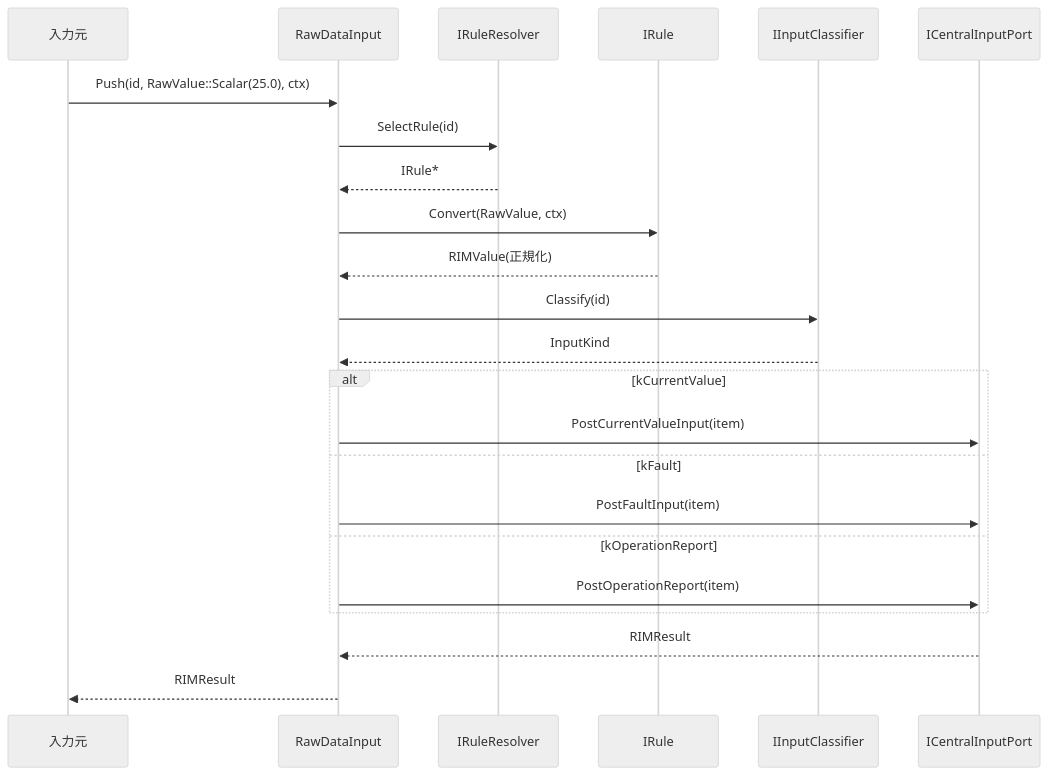
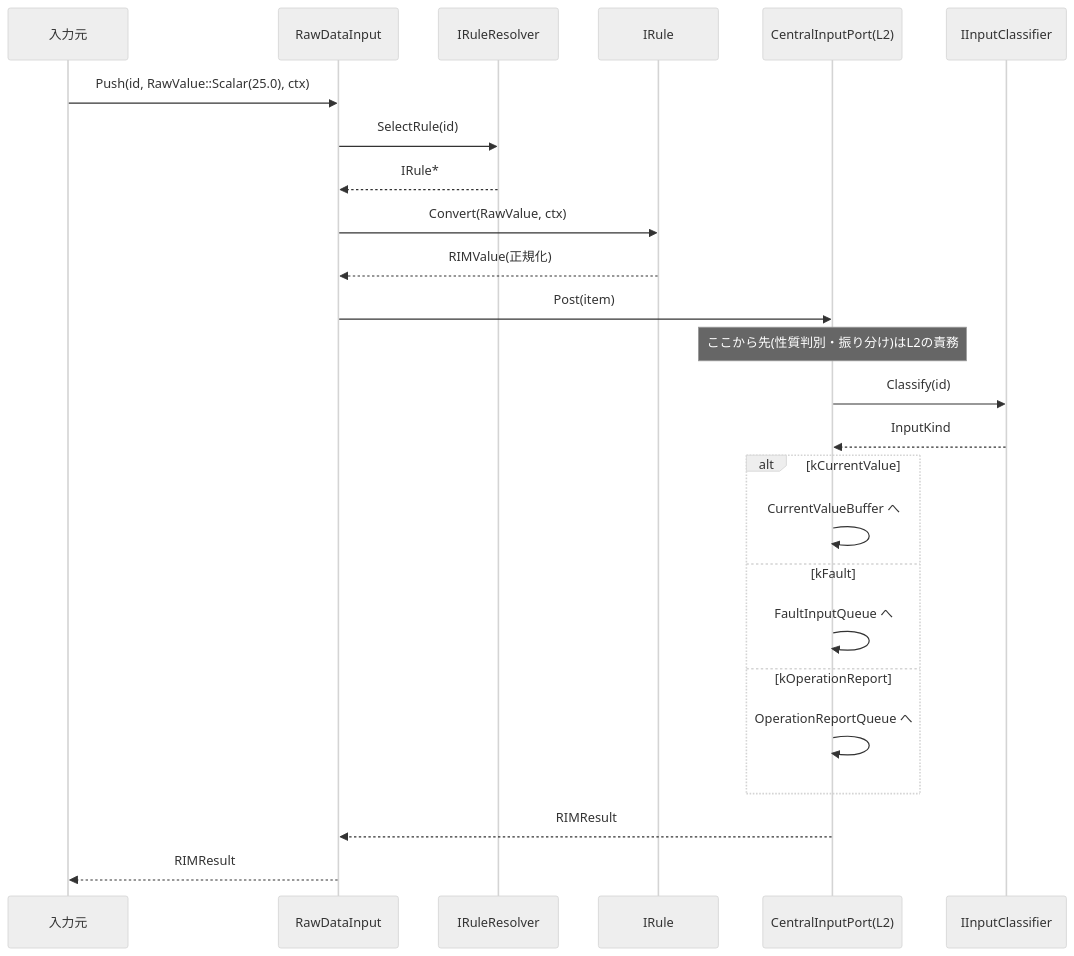
The first of 5 diagrams in docs/adapter/04_シーケンス図.md (ceedling-vxworks-test-generator/printer-fw), drawn with Mermaid (neutral theme) before and after one commit. The commit also changed other lines of this file and 11 other files, not shown here.

First line of the commit message:
Collapse ICentralInputPort's three posts into one; move classification to L2

````diff
--- a/docs/adapter/04_シーケンス図.md
+++ b/docs/adapter/04_シーケンス図.md
@@ -5,26 +5,28 @@
 ```mermaid
 sequenceDiagram
     participant Ext as 入力元
     participant RDI as RawDataInput
     participant RR as IRuleResolver
     participant Rule as IRule
+    participant Port as CentralInputPort(L2)
     participant IC as IInputClassifier
-    participant Port as ICentralInputPort
 
     Ext->>RDI: Push(id, RawValue::Scalar(25.0), ctx)
     RDI->>RR: SelectRule(id)
     RR-->>RDI: IRule*
     RDI->>Rule: Convert(RawValue, ctx)
     Rule-->>RDI: RIMValue(正規化)
-    RDI->>IC: Classify(id)
-    IC-->>RDI: InputKind
+    RDI->>Port: Post(item)
+    Note over Port: ここから先(性質判別・振り分け)はL2の責務
+    Port->>IC: Classify(id)
+    IC-->>Port: InputKind
     alt kCurrentValue
-        RDI->>Port: PostCurrentValueInput(item)
+        Port->>Port: CurrentValueBuffer へ
     else kFault
-        RDI->>Port: PostFaultInput(item)
+        Port->>Port: FaultInputQueue へ
     else kOperationReport
-        RDI->>Port: PostOperationReport(item)
+        Port->>Port: OperationReportQueue へ
     end
     Port-->>RDI: RIMResult
     RDI-->>Ext: RIMResult
 ```
````
